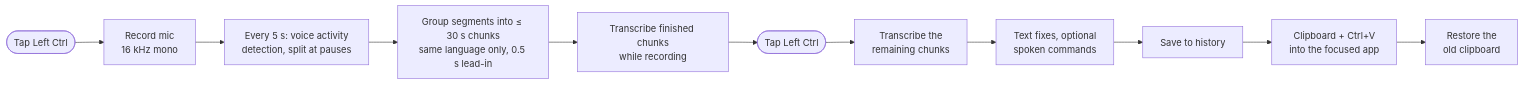
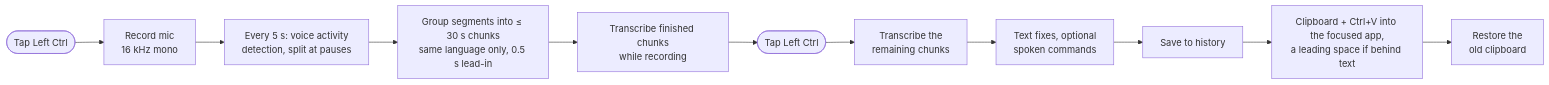
Before and after one commit to philipp-sz/WhisperClaude: the diagram in docs/how-it-works.md, drawn with Mermaid. The commit also changed other lines of this file and 3 other files, not shown here.

````diff
--- a/docs/how-it-works.md
+++ b/docs/how-it-works.md
@@ -5,13 +5,13 @@
 ```mermaid
 flowchart LR
     A([Tap Left Ctrl]) --> B[Record mic<br/>16 kHz mono]
     B --> C[Every 5 s: voice activity<br/>detection, split at pauses]
     C --> D[Group segments into ≤ 30 s chunks<br/>same language only, 0.5 s lead-in]
     D --> E[Transcribe finished chunks<br/>while recording]
     E --> F([Tap Left Ctrl])
     F --> G[Transcribe the<br/>remaining chunks]
     G --> H[Text fixes, optional<br/>spoken commands]
     H --> I[Save to history]
-    I --> J[Clipboard + Ctrl+V<br/>into the focused app]
+    I --> J[Clipboard + Ctrl+V into the focused app,<br/>a leading space if behind text]
     J --> K[Restore the<br/>old clipboard]
 ```
````
